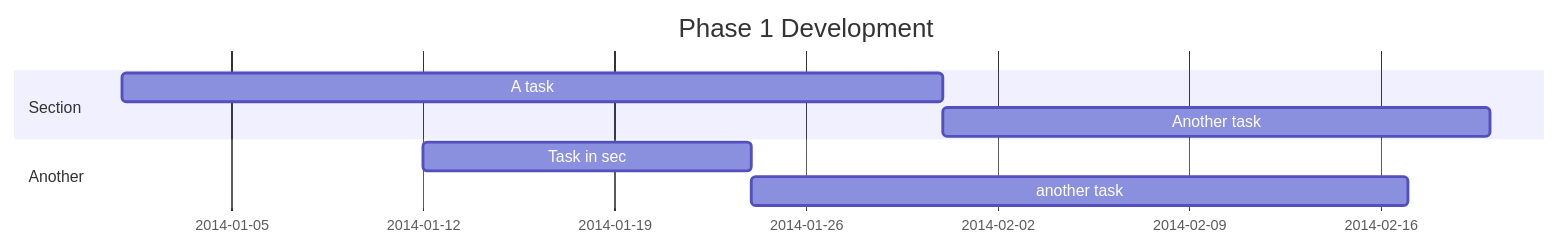
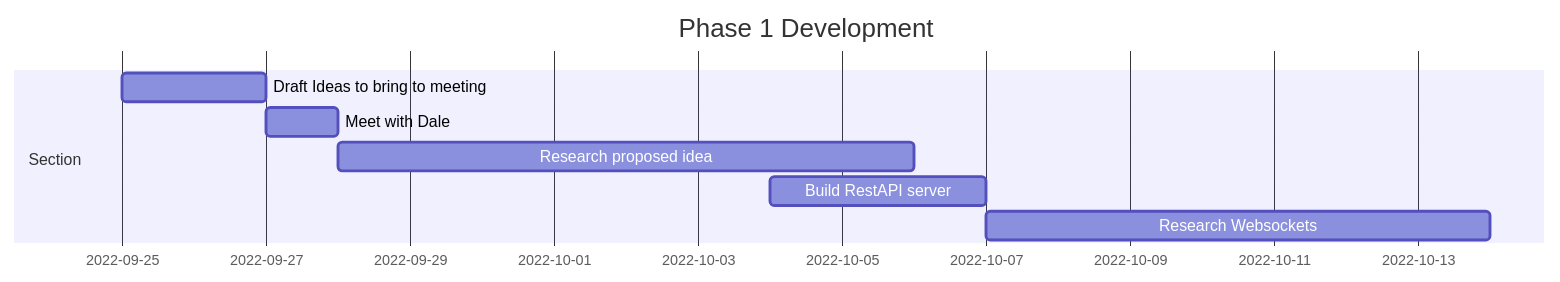
The first of 3 diagrams in Docs/report.md (Joshua-Yuill/Votley_Final-Year-Project), drawn with Mermaid before and after one commit. The commit also changed other lines of this file, not shown here.

Commit message:
Added Gant Chart in mermaid, still need to add apparopriate times

````diff
--- a/Docs/report.md
+++ b/Docs/report.md
@@ -21,11 +28,11 @@
 ```mermaid
 gantt
     title Phase 1 Development
     dateFormat  YYYY-MM-DD
     section Section
-    A task           :a1, 2014-01-01, 30d
-    Another task     :after a1  , 20d
-    section Another
-    Task in sec      :2014-01-12  , 12d
-    another task      : 24d
+    Draft Ideas to bring to meeting           :a1, 2022-09-25, 2d
+    Meet with Dale            :a1, 2022-09-27, 1d
+    Research proposed idea            :2022-09-28, 8d
+    Build RestAPI server           :2022-10-04, 3d
+    Research Websockets           :2022-10-07, 7d
 ```
````
